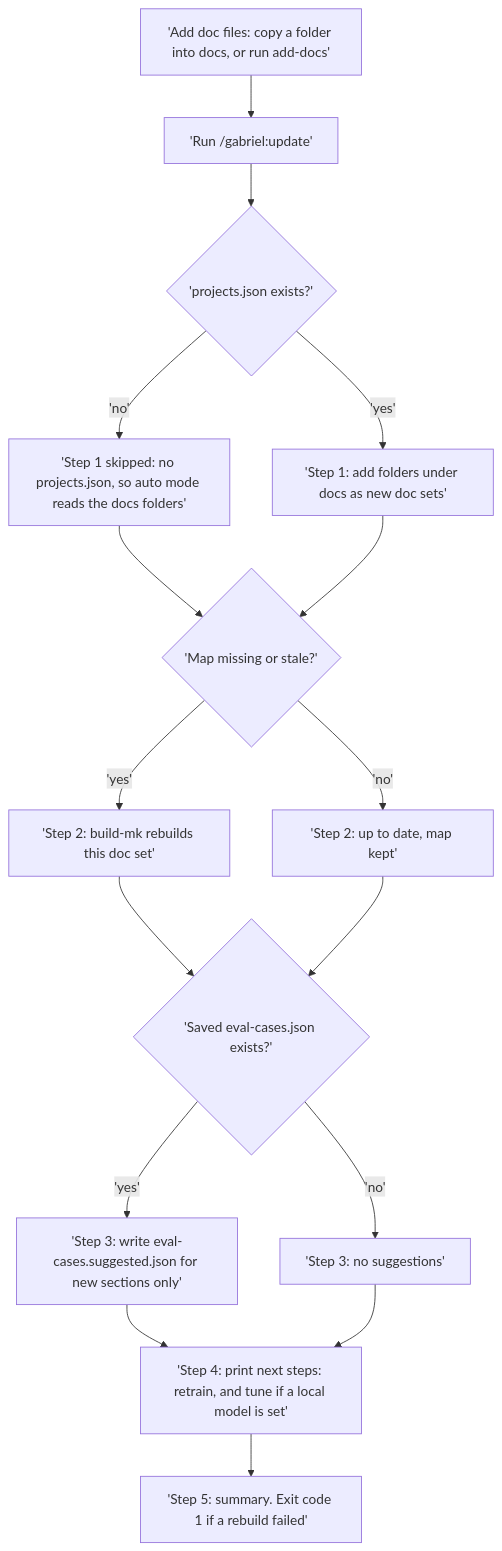
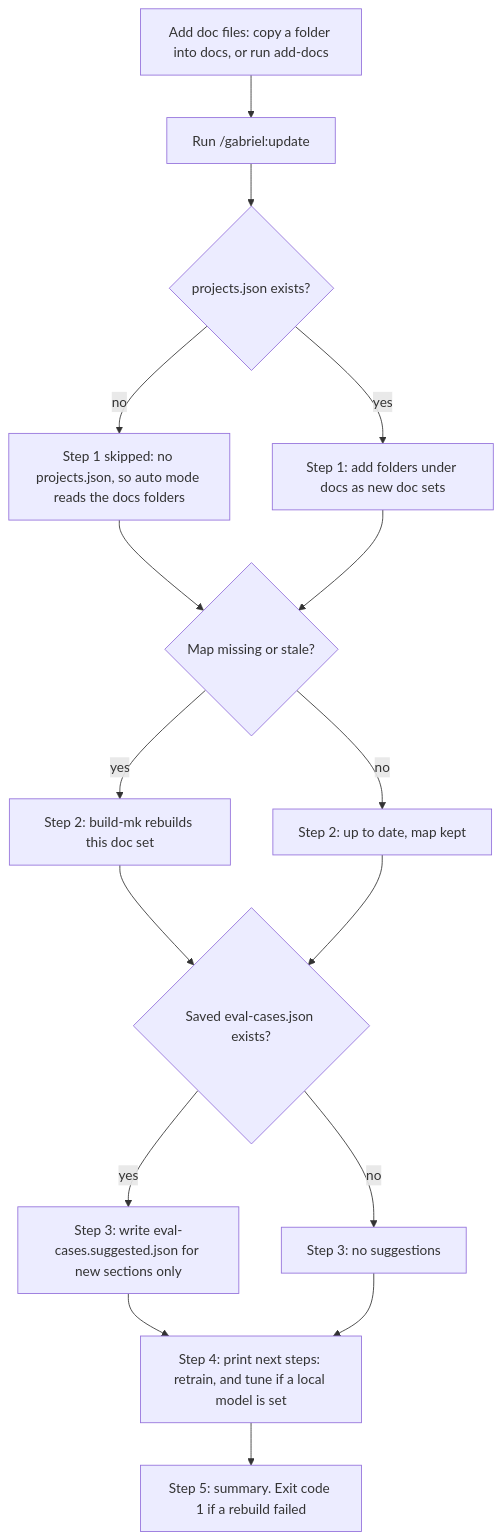
One commit to ThanhNVan/gabriel-plugin changed the fifth of 10 diagrams in docs/WORKFLOWS.md. Above: the diagram before and after it, drawn with Mermaid. The commit also changed other lines of this file and 20 other files, not shown here.

````diff
--- a/docs/WORKFLOWS.md
+++ b/docs/WORKFLOWS.md
@@ -156,18 +156,18 @@
 ```mermaid
 flowchart TD
-  A['Add doc files: copy a folder into docs, or run add-docs'] --> U['Run /gabriel:update']
-  U --> S1{'projects.json exists?'}
-  S1 -- 'no' --> S1N['Step 1 skipped: no projects.json, so auto mode reads the docs folders']
-  S1 -- 'yes' --> S1Y['Step 1: add folders under docs as new doc sets']
-  S1N --> S2{'Map missing or stale?'}
+  A["Add doc files: copy a folder into docs, or run add-docs"] --> U["Run /gabriel:update"]
+  U --> S1{"projects.json exists?"}
+  S1 -- "no" --> S1N["Step 1 skipped: no projects.json, so auto mode reads the docs folders"]
+  S1 -- "yes" --> S1Y["Step 1: add folders under docs as new doc sets"]
+  S1N --> S2{"Map missing or stale?"}
   S1Y --> S2
-  S2 -- 'yes' --> R['Step 2: build-mk rebuilds this doc set']
-  S2 -- 'no' --> UP['Step 2: up to date, map kept']
-  R --> S3{'Saved eval-cases.json exists?'}
+  S2 -- "yes" --> R["Step 2: build-mk rebuilds this doc set"]
+  S2 -- "no" --> UP["Step 2: up to date, map kept"]
+  R --> S3{"Saved eval-cases.json exists?"}
   UP --> S3
-  S3 -- 'yes' --> SG['Step 3: write eval-cases.suggested.json for new sections only']
-  S3 -- 'no' --> SK['Step 3: no suggestions']
-  SG --> NX['Step 4: print next steps: retrain, and tune if a local model is set']
+  S3 -- "yes" --> SG["Step 3: write eval-cases.suggested.json for new sections only"]
+  S3 -- "no" --> SK["Step 3: no suggestions"]
+  SG --> NX["Step 4: print next steps: retrain, and tune if a local model is set"]
   SK --> NX
-  NX --> SM['Step 5: summary. Exit code 1 if a rebuild failed']
+  NX --> SM["Step 5: summary. Exit code 1 if a rebuild failed"]
 ```
````
